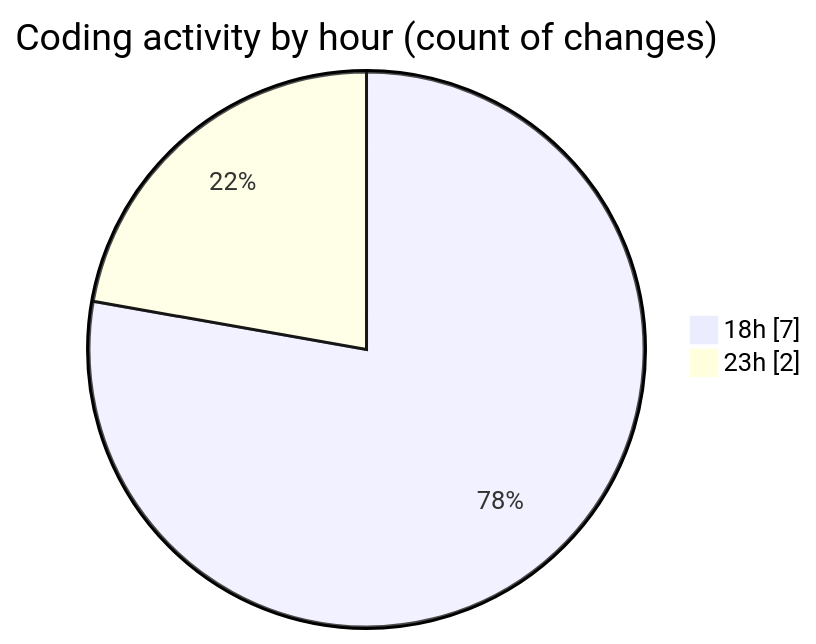
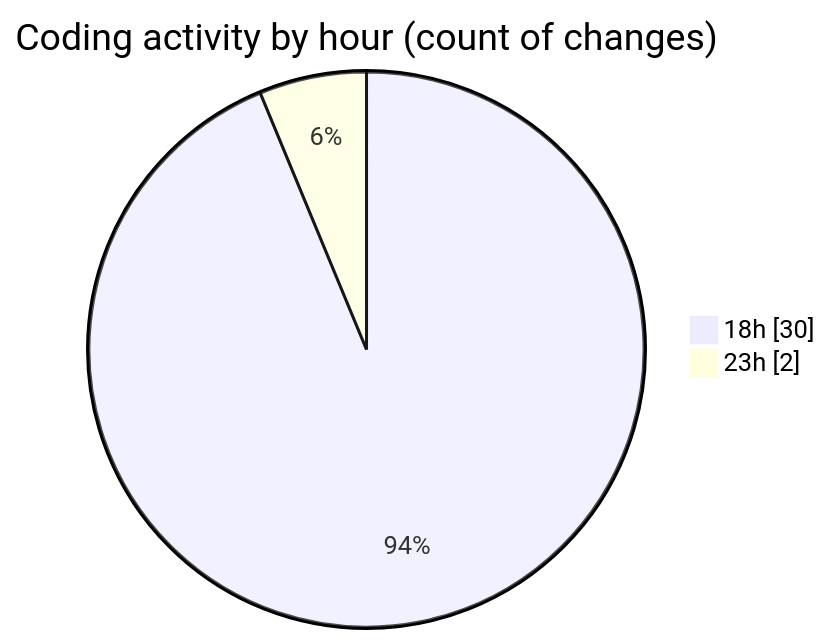
One commit to Ritupan-Deka/code-tracking changed the second of 2 diagrams in 2025-11-01/backend/README.md. Above: the diagram before and after it, drawn with Mermaid. The commit also changed other lines of this file and 1 other file, not shown here.

````diff
--- a/2025-11-01/backend/README.md
+++ b/2025-11-01/backend/README.md
@@ -35,6 +35,6 @@
 ```mermaid
 pie showData
 title Coding activity by hour (count of changes)
-"18h" : 7
+"18h" : 30
 "23h" : 2
 ```
````
